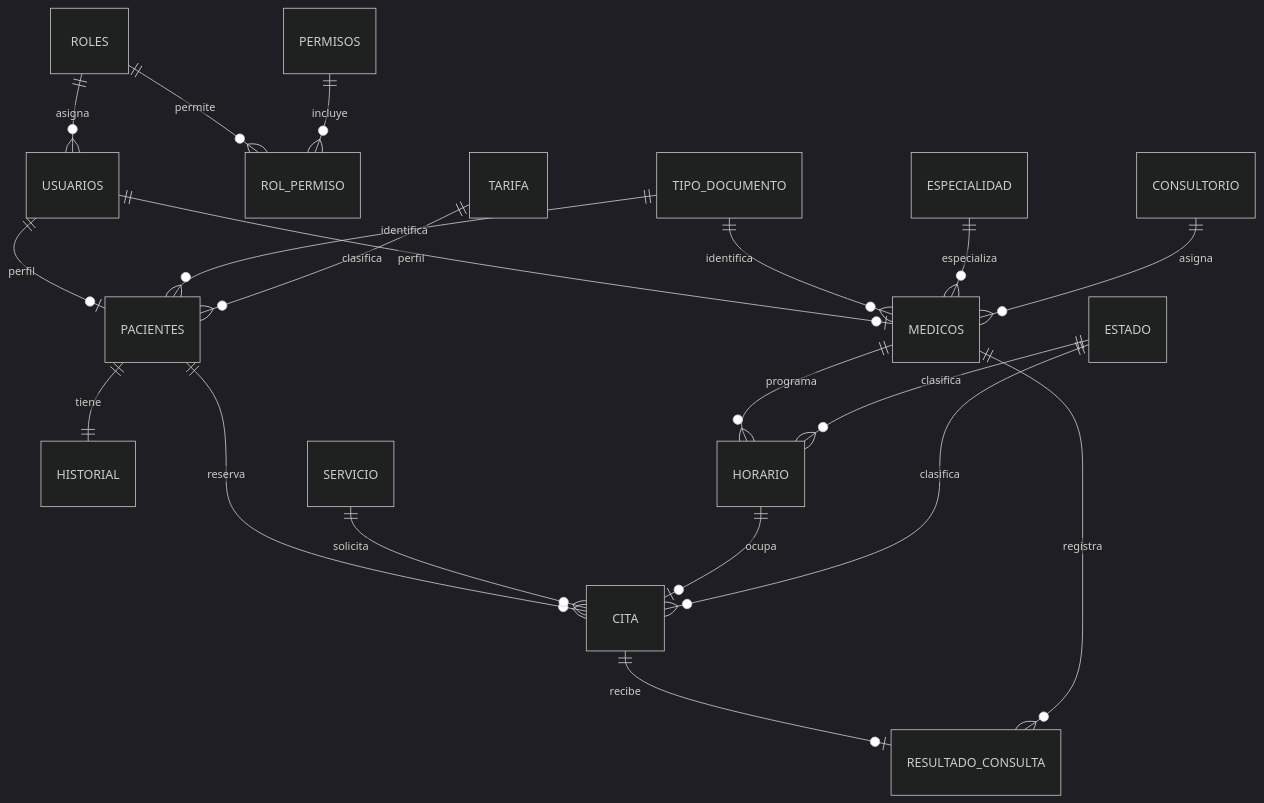
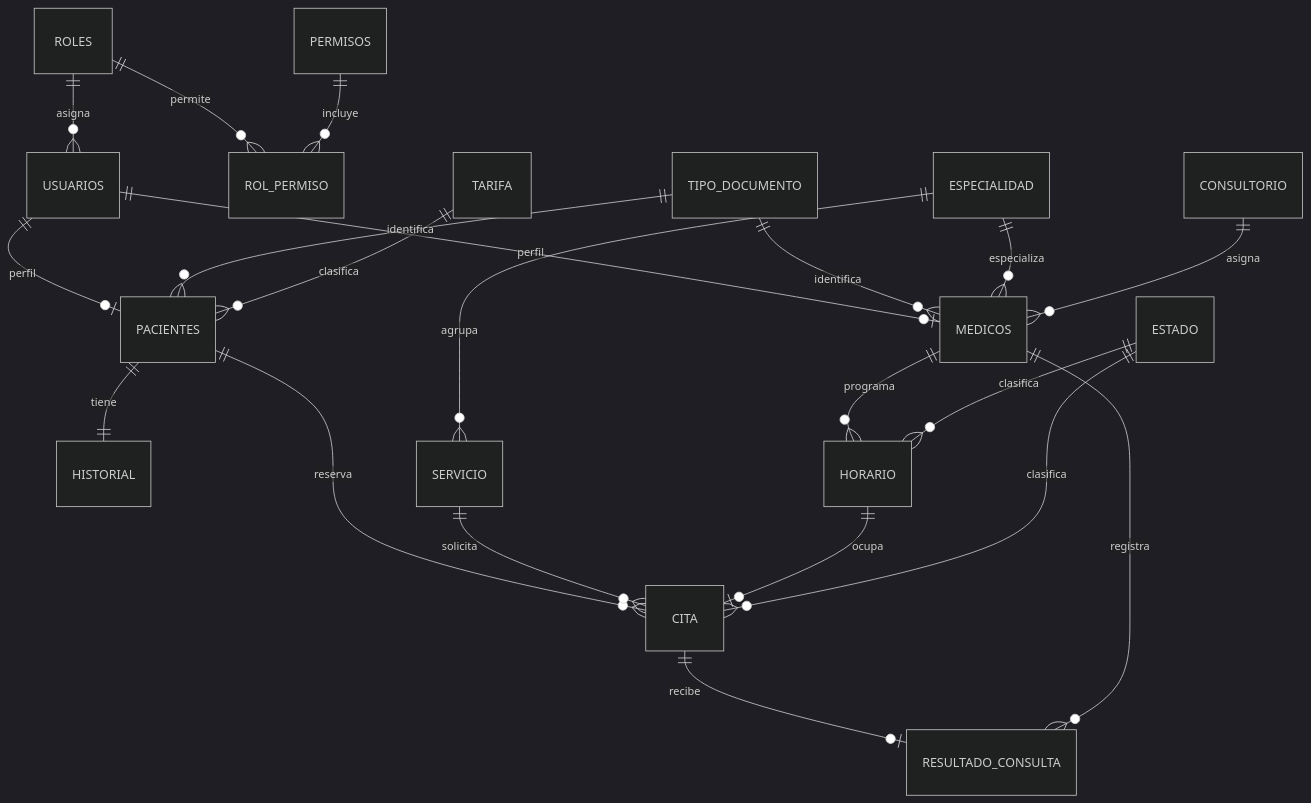
The diagram in README.md (kennysanz1120/Proyectofinal-bases), drawn with Mermaid (dark theme) before and after one commit. The commit also changed other lines of this file and 5 other files, not shown here.

````diff
--- a/README.md
+++ b/README.md
@@ -103,22 +159,23 @@
 ```mermaid
 erDiagram
     ROLES ||--o{ USUARIOS : asigna
     ROLES ||--o{ ROL_PERMISO : permite
     PERMISOS ||--o{ ROL_PERMISO : incluye
     USUARIOS ||--o| PACIENTES : perfil
     USUARIOS ||--o| MEDICOS : perfil
     TIPO_DOCUMENTO ||--o{ PACIENTES : identifica
     TIPO_DOCUMENTO ||--o{ MEDICOS : identifica
     TARIFA ||--o{ PACIENTES : clasifica
     PACIENTES ||--|| HISTORIAL : tiene
     ESPECIALIDAD ||--o{ MEDICOS : especializa
+    ESPECIALIDAD ||--o{ SERVICIO : agrupa
     CONSULTORIO ||--o{ MEDICOS : asigna
     MEDICOS ||--o{ HORARIO : programa
     ESTADO ||--o{ HORARIO : clasifica
     PACIENTES ||--o{ CITA : reserva
     SERVICIO ||--o{ CITA : solicita
     HORARIO ||--o| CITA : ocupa
     ESTADO ||--o{ CITA : clasifica
     CITA ||--o| RESULTADO_CONSULTA : recibe
     MEDICOS ||--o{ RESULTADO_CONSULTA : registra
 ```
````
